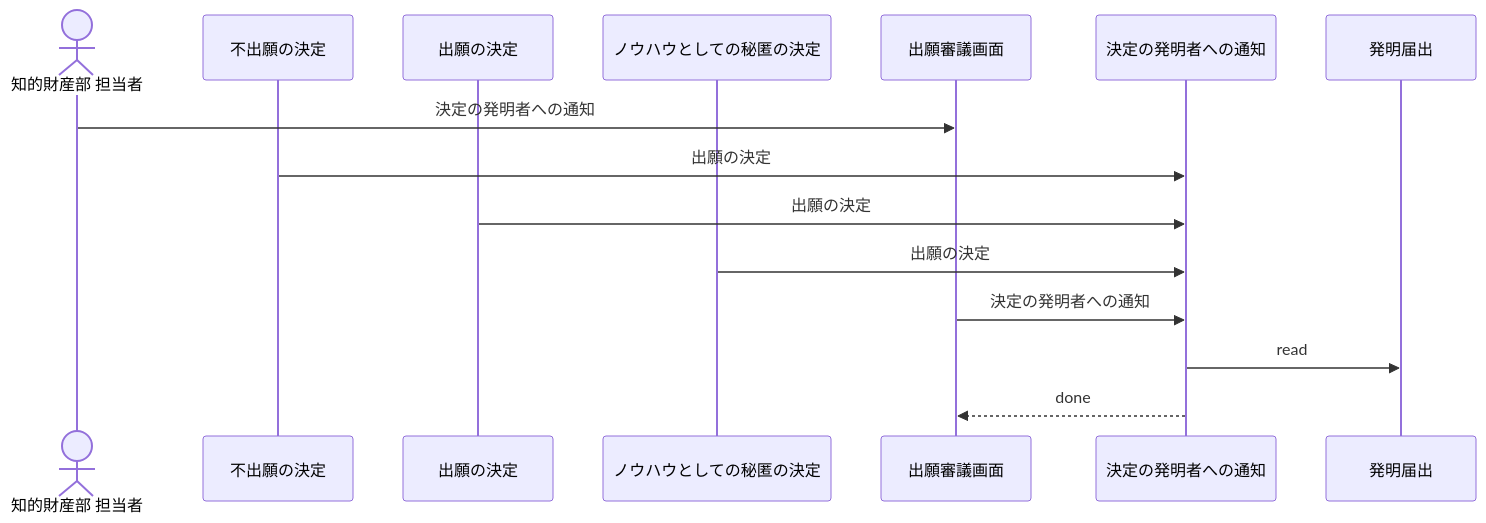
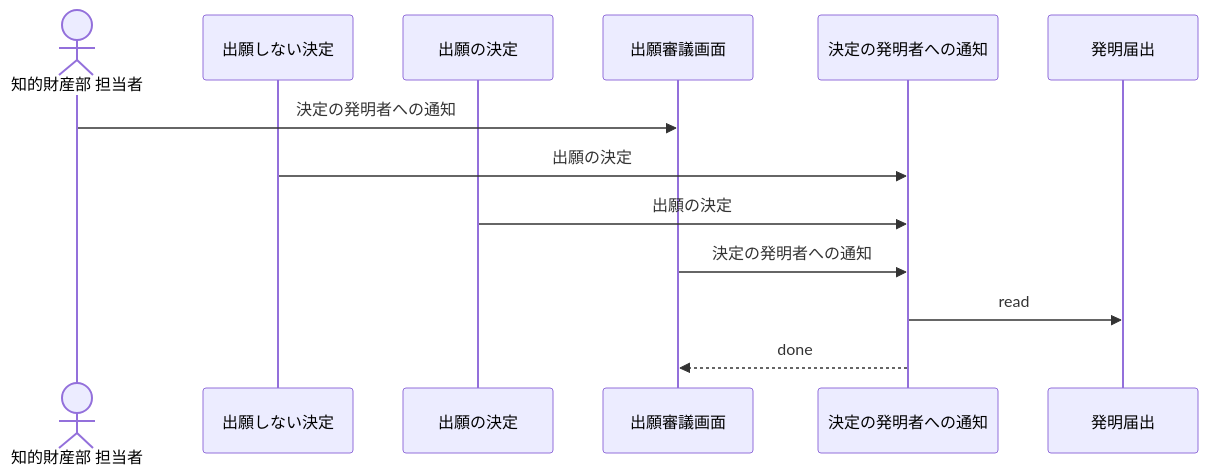
One commit to manji-0/rdra-ish-dsl changed the diagram in samples/patent-ops/out/uc/sequence_NotifyInventorOfDecision.mmd. Above: the diagram before and after it, drawn with Mermaid. The commit also changed 17 other files, not shown here.

```diff
--- a/samples/patent-ops/out/uc/sequence_NotifyInventorOfDecision.mmd
+++ b/samples/patent-ops/out/uc/sequence_NotifyInventorOfDecision.mmd
@@ -1,18 +1,16 @@
 %% rdra-ish diagram=sequence scope=usecase:NotifyInventorOfDecision model=samples/patent-ops
 %% kinds: actor usecase screen entity
 %% omitted: buc step medium permission event
 sequenceDiagram
   actor actor__IpStaff as 知的財産部 担当者
-  participant usecase__DecideNotToFile as 不出願の決定
+  participant usecase__DecideNotToFile as 出願しない決定
   participant usecase__DecideToFile as 出願の決定
-  participant usecase__DecideToKeepSecret as ノウハウとしての秘匿の決定
   participant screen__FilingDecisionScreen as 出願審議画面
   participant usecase__NotifyInventorOfDecision as 決定の発明者への通知
   participant entity__InventionDisclosure as 発明届出
   actor__IpStaff ->> screen__FilingDecisionScreen: 決定の発明者への通知
   usecase__DecideNotToFile ->> usecase__NotifyInventorOfDecision: 出願の決定
   usecase__DecideToFile ->> usecase__NotifyInventorOfDecision: 出願の決定
-  usecase__DecideToKeepSecret ->> usecase__NotifyInventorOfDecision: 出願の決定
   screen__FilingDecisionScreen ->> usecase__NotifyInventorOfDecision: 決定の発明者への通知
   usecase__NotifyInventorOfDecision ->> entity__InventionDisclosure: read
   usecase__NotifyInventorOfDecision -->> screen__FilingDecisionScreen: done
```
